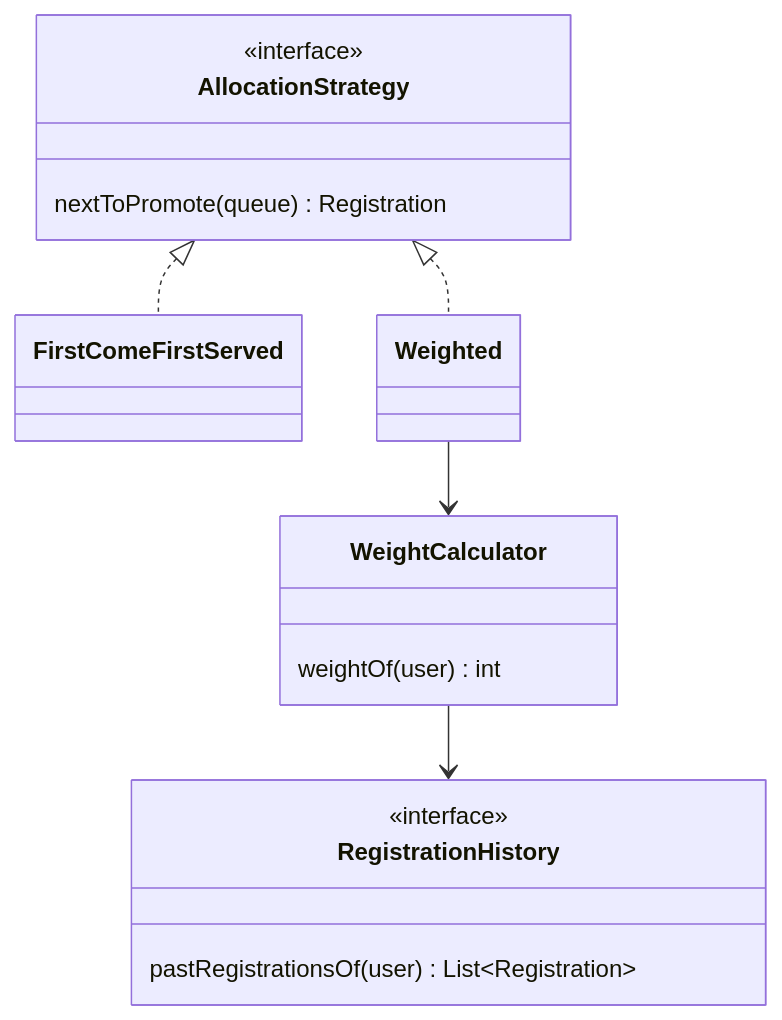
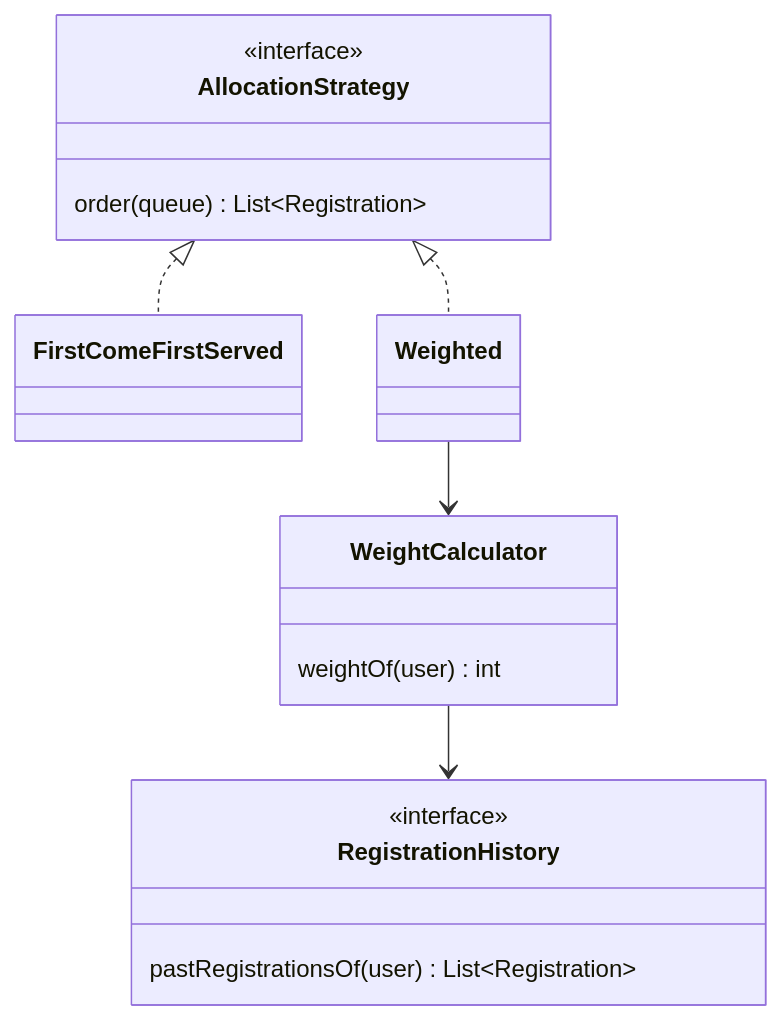
The fifth of 6 diagrams in ARCHITECTURE.md (youknowedo/oop-project), drawn with Mermaid before and after one commit. The commit also changed other lines of this file and 3 other files, not shown here.

Commit message:
Let AllocationStrategy order the queue so positionOf and admitNext agree

````diff
--- a/ARCHITECTURE.md
+++ b/ARCHITECTURE.md
@@ -264,20 +264,20 @@
 ```mermaid
 classDiagram
     class AllocationStrategy {
         <<interface>>
-        nextToPromote(queue) Registration
+        order(queue) List~Registration~
     }
     class FirstComeFirstServed
     class Weighted
     class WeightCalculator {
         weightOf(user) int
     }
     class RegistrationHistory {
         <<interface>>
         pastRegistrationsOf(user) List~Registration~
     }
     AllocationStrategy <|.. FirstComeFirstServed
     AllocationStrategy <|.. Weighted
     Weighted --> WeightCalculator
     WeightCalculator --> RegistrationHistory
 ```
````
